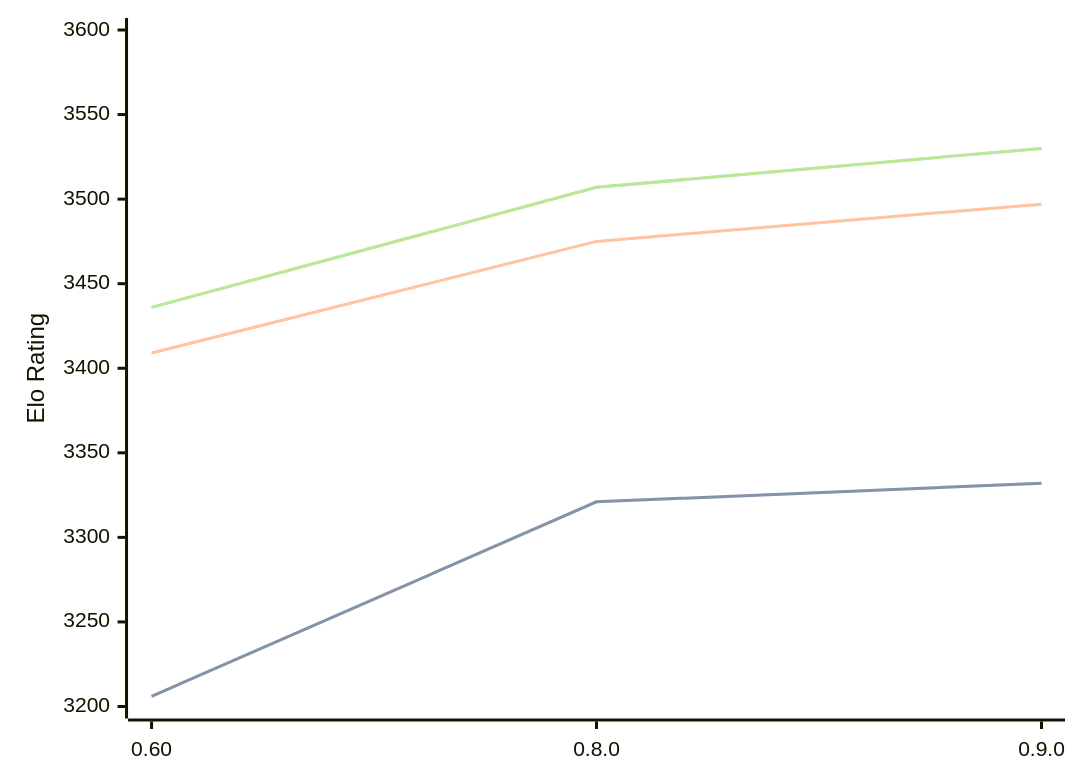
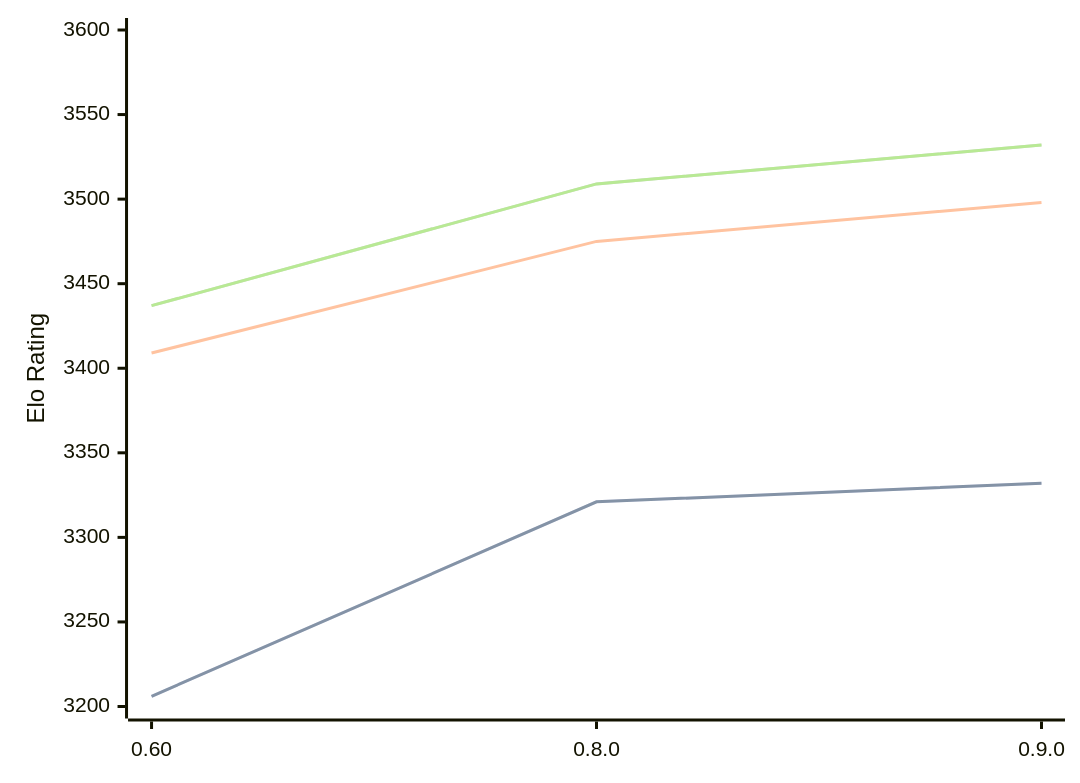
One commit to computer-chess-index/cci changed the diagram in engines/Motor.md. Above: the diagram before and after it, drawn with Mermaid. The commit also changed other lines of this file, not shown here.

Commit message:
Update CCI Ratings (ELO VLTC) - 2026-08-24

````diff
--- a/engines/Motor.md
+++ b/engines/Motor.md
@@ -33,11 +33,11 @@
 ```mermaid
 %%{init: {"theme":"base","themeVariables":{"seriesColors:['#a3a3a3','#222221','#faa371']}}}%%
 xychart-beta
   x-axis ["0.60", "0.8.0", "0.9.0"]
   y-axis "Elo Rating" 3200 --> 3600
   line "STC (8.0+0.08s)" [3206, 3321, 3332]
   line "STC (8.0+0.08s)" [3206, 3321, 3332]
-  line "LTC (60.0+0.60s)" [3409, 3475, 3497]
-  line "VLTC (2m24s+1.12s)" [3436, 3507, 3530]
-  line "VLTC (2m24s+1.12s)" [3436, 3507, 3530]
+  line "LTC (60.0+0.60s)" [3409, 3475, 3498]
+  line "VLTC (2m24s+1.12s)" [3437, 3509, 3532]
+  line "VLTC (2m24s+1.12s)" [3437, 3509, 3532]
 ```
````
